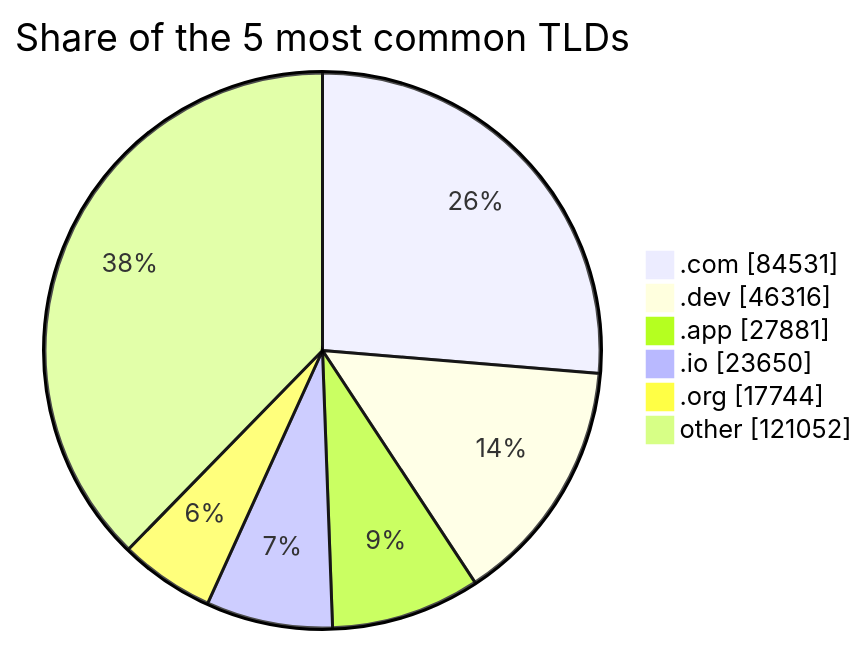
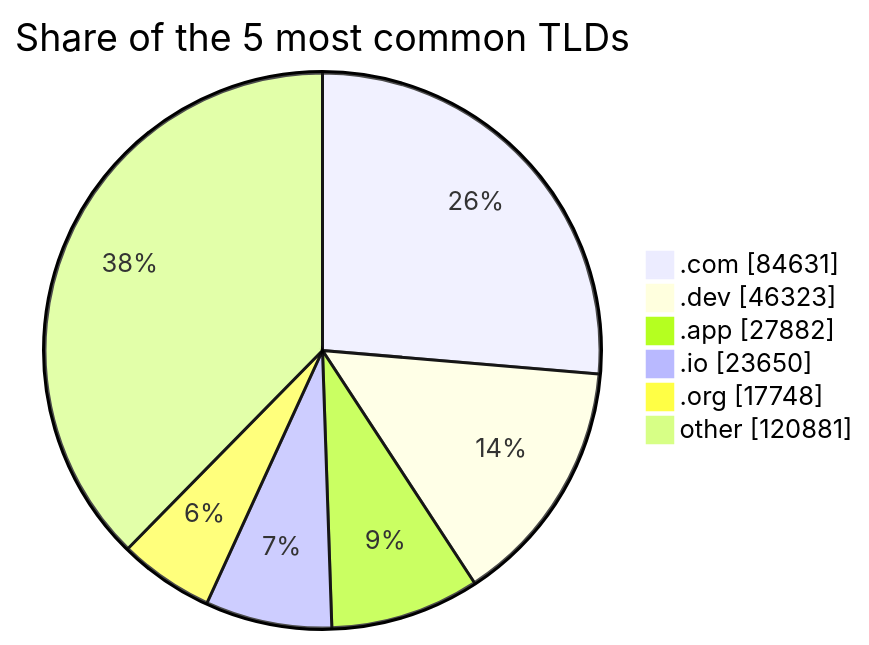
The third of 3 diagrams in README.md (DNSBunker/CTI), drawn with Mermaid before and after one commit. The commit also changed other lines of this file and 3 other files, not shown here.

````diff
--- a/README.md
+++ b/README.md
@@ -81,9 +81,9 @@
 ```mermaid
 pie showData title Share of the 5 most common TLDs
-    ".com" : 84531
-    ".dev" : 46316
-    ".app" : 27881
+    ".com" : 84631
+    ".dev" : 46323
+    ".app" : 27882
     ".io" : 23650
-    ".org" : 17744
-    "other" : 121052
+    ".org" : 17748
+    "other" : 120881
 ```
````
